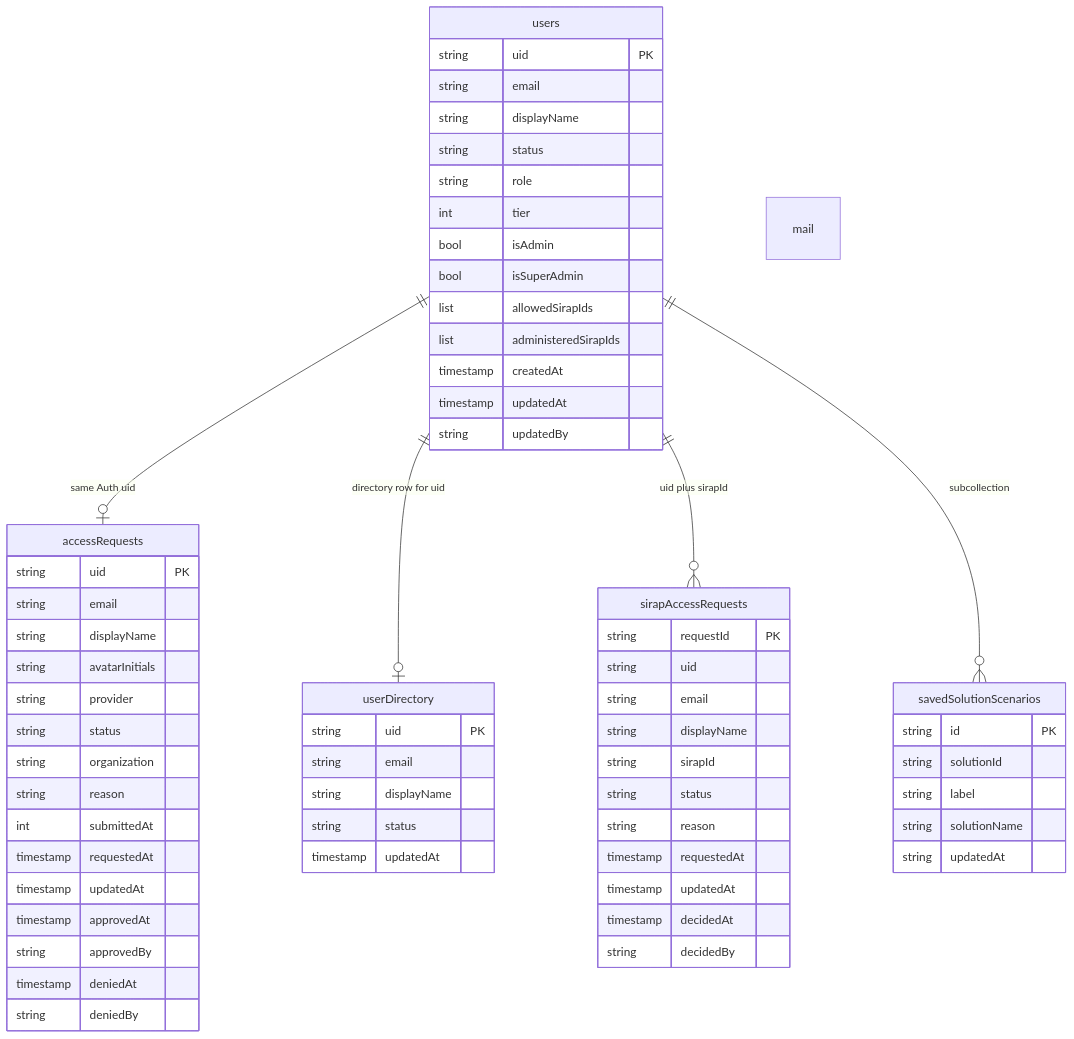
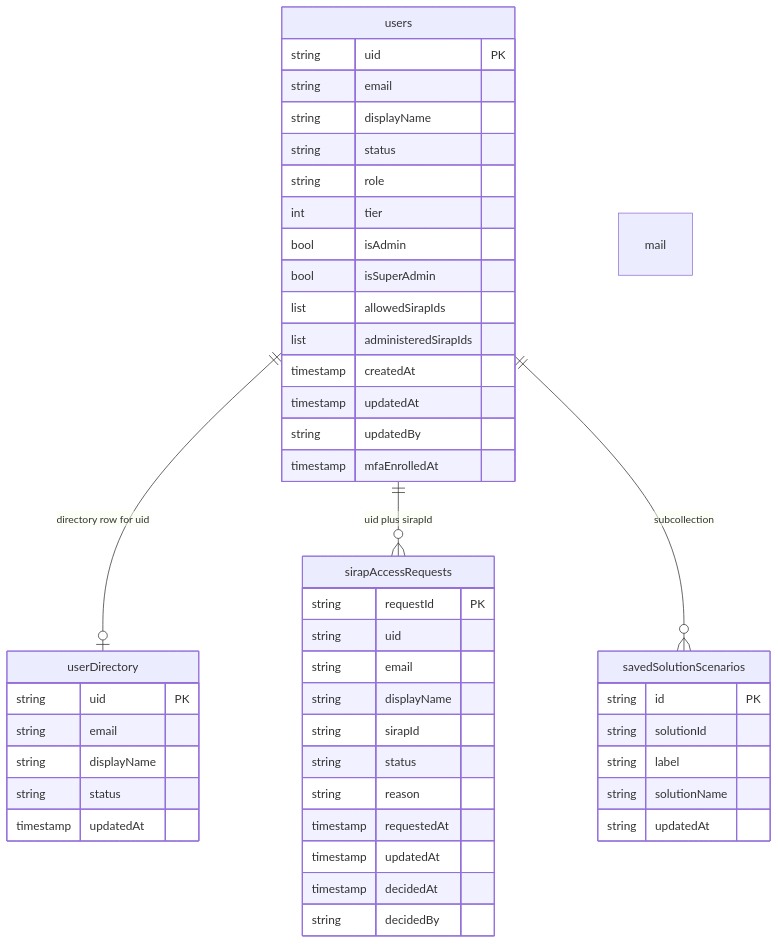
Before and after one commit to DISES-CI-UCSB/decision-making-tool: the first of 2 diagrams in docs/handoffs/parques-it/english/reception/data-model.md, drawn with Mermaid. The commit also changed other lines of this file and 11 other files, not shown here.

First line of the commit message:
UCS-344 docs(handoff): describe the current account-approval flow

````diff
--- a/docs/handoffs/parques-it/english/reception/data-model.md
+++ b/docs/handoffs/parques-it/english/reception/data-model.md
@@ -41,74 +40,56 @@
 ```mermaid
 erDiagram
-    accessRequests {
-        string uid PK
-        string email
-        string displayName
-        string avatarInitials
-        string provider
-        string status
-        string organization
-        string reason
-        int submittedAt
-        timestamp requestedAt
-        timestamp updatedAt
-        timestamp approvedAt
-        string approvedBy
-        timestamp deniedAt
-        string deniedBy
-    }
-
     users {
         string uid PK
         string email
         string displayName
         string status
         string role
         int tier
         bool isAdmin
         bool isSuperAdmin
         list allowedSirapIds
         list administeredSirapIds
         timestamp createdAt
         timestamp updatedAt
         string updatedBy
+        timestamp mfaEnrolledAt
     }
 
     userDirectory {
         string uid PK
         string email
         string displayName
         string status
         timestamp updatedAt
     }
 
     sirapAccessRequests {
         string requestId PK
         string uid
         string email
         string displayName
         string sirapId
         string status
         string reason
         timestamp requestedAt
         timestamp updatedAt
         timestamp decidedAt
         string decidedBy
     }
 
     savedSolutionScenarios {
         string id PK
         string solutionId
         string label
         string solutionName
         string updatedAt
     }
 
     mail {
     }
 
-    users ||--o| accessRequests : "same Auth uid"
     users ||--o| userDirectory : "directory row for uid"
     users ||--o{ sirapAccessRequests : "uid plus sirapId"
     users ||--o{ savedSolutionScenarios : "subcollection"
 ```
````
